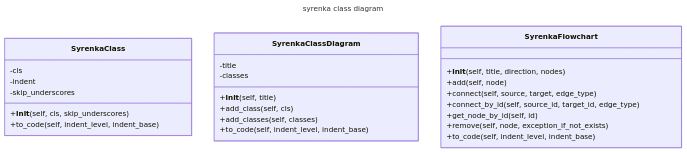
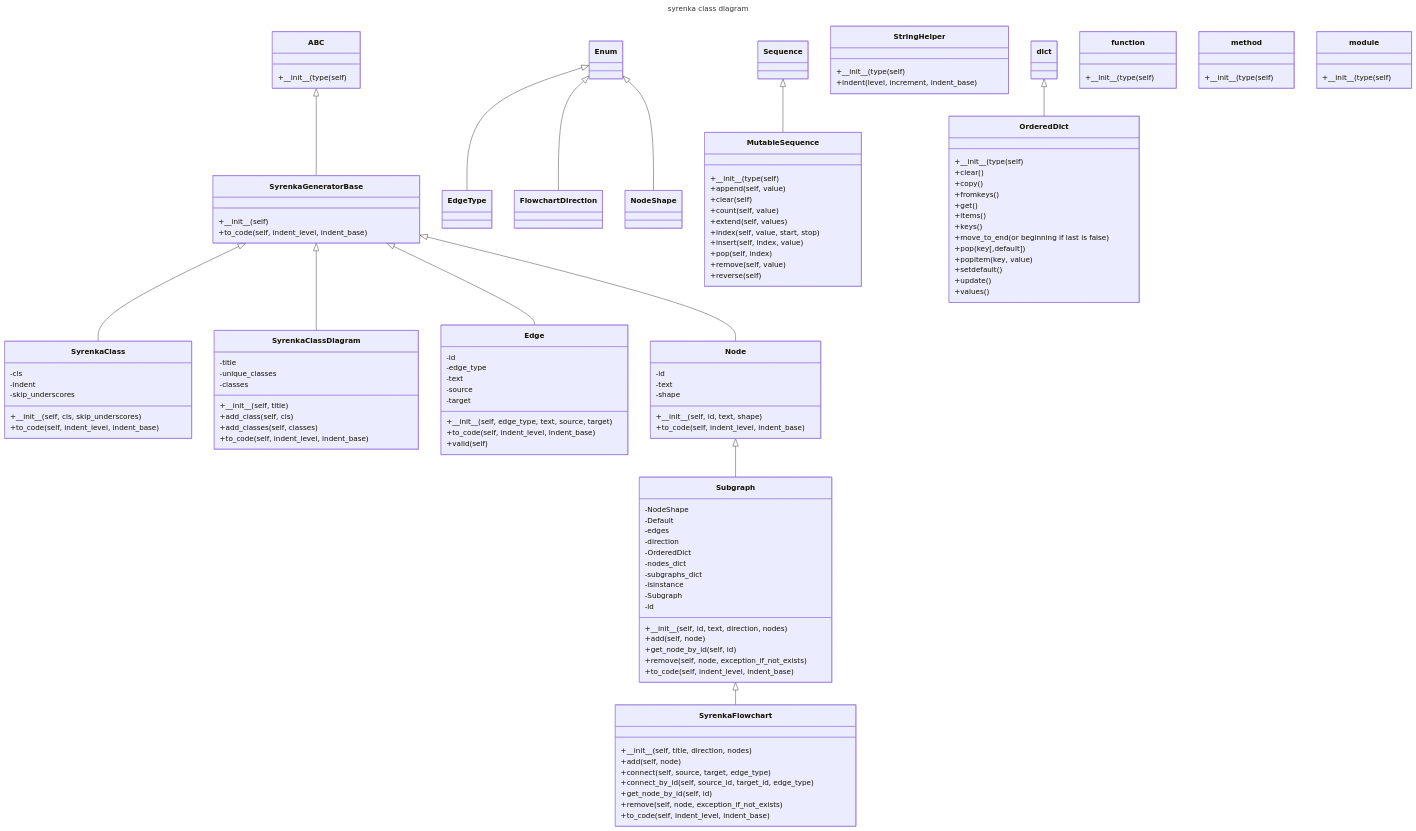
Before and after one commit to bartlomiejcieszkowski/syrenka: the diagram in README.md, drawn with Mermaid. The commit also changed other lines of this file and 1 other file, not shown here.

````diff
--- a/README.md
+++ b/README.md
@@ -23,19 +23,22 @@
         -cls
         -indent
         -skip_underscores
-        +__init__(self, cls, skip_underscores)
+        +\_\_init\_\_(self, cls, skip_underscores)
         +to_code(self, indent_level, indent_base)
     }
+    SyrenkaGeneratorBase <|-- SyrenkaClass
     class SyrenkaClassDiagram{
         -title
+        -unique_classes
         -classes
-        +__init__(self, title)
+        +\_\_init\_\_(self, title)
         +add_class(self, cls)
         +add_classes(self, classes)
         +to_code(self, indent_level, indent_base)
     }
+    SyrenkaGeneratorBase <|-- SyrenkaClassDiagram
     class SyrenkaFlowchart{
-        +__init__(self, title, direction, nodes)
+        +\_\_init\_\_(self, title, direction, nodes)
         +add(self, node)
         +connect(self, source, target, edge_type)
         +connect_by_id(self, source_id, target_id, edge_type)
@@ -43,5 +46,103 @@
         +remove(self, node, exception_if_not_exists)
         +to_code(self, indent_level, indent_base)
     }
-
+    Subgraph <|-- SyrenkaFlowchart
+    class Edge{
+        -id
+        -edge_type
+        -text
+        -source
+        -target
+        +\_\_init\_\_(self, edge_type, text, source, target)
+        +to_code(self, indent_level, indent_base)
+        +valid(self)
+    }
+    SyrenkaGeneratorBase <|-- Edge
+    class EdgeType{
+    }
+    Enum <|-- EdgeType
+    class Enum{
+    }
+    class FlowchartDirection{
+    }
+    Enum <|-- FlowchartDirection
+    class MutableSequence{
+        +\_\_init\_\_(type(self)
+        +append(self, value)
+        +clear(self)
+        +count(self, value)
+        +extend(self, values)
+        +index(self, value, start, stop)
+        +insert(self, index, value)
+        +pop(self, index)
+        +remove(self, value)
+        +reverse(self)
+    }
+    Sequence <|-- MutableSequence
+    class Node{
+        -id
+        -text
+        -shape
+        +\_\_init\_\_(self, id, text, shape)
+        +to_code(self, indent_level, indent_base)
+    }
+    SyrenkaGeneratorBase <|-- Node
+    class NodeShape{
+    }
+    Enum <|-- NodeShape
+    class OrderedDict{
+        +\_\_init\_\_(type(self)
+        +clear()
+        +copy()
+        +fromkeys()
+        +get()
+        +items()
+        +keys()
+        +move_to_end(or beginning if last is false)
+        +pop(key[,default])
+        +popitem(key, value)
+        +setdefault()
+        +update()
+        +values()
+    }
+    dict <|-- OrderedDict
+    class StringHelper{
+        +\_\_init\_\_(type(self)
+        +indent(level, increment, indent_base)
+    }
+    class Subgraph{
+        -NodeShape
+        -Default
+        -edges
+        -direction
+        -OrderedDict
+        -nodes_dict
+        -subgraphs_dict
+        -isinstance
+        -Subgraph
+        -id
+        +\_\_init\_\_(self, id, text, direction, nodes)
+        +add(self, node)
+        +get_node_by_id(self, id)
+        +remove(self, node, exception_if_not_exists)
+        +to_code(self, indent_level, indent_base)
+    }
+    Node <|-- Subgraph
+    class SyrenkaGeneratorBase{
+        +\_\_init\_\_(self)
+        +to_code(self, indent_level, indent_base)
+    }
+    ABC <|-- SyrenkaGeneratorBase
+    class ABC{
+        +\_\_init\_\_(type(self)
+    }
+    class function{
+        +\_\_init\_\_(type(self)
+    }
+    class method{
+        +\_\_init\_\_(type(self)
+    }
+    class module{
+        +\_\_init\_\_(type(self)
+    }
 ```
````
